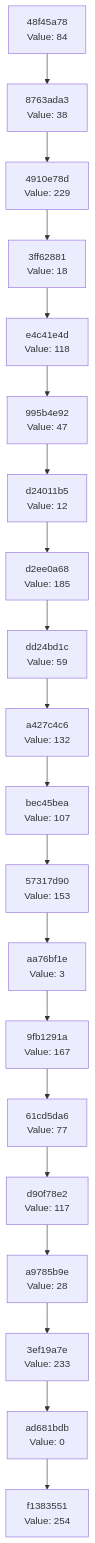
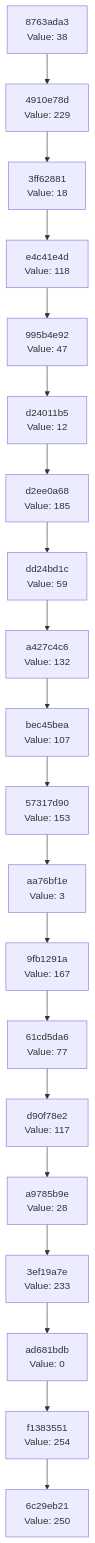
The diagram in docs/CHAIN_VISUALIZATION.md (Abhisheksinha1506/hash-chain-evolver), drawn with Mermaid before and after one commit. The commit also changed 3 other files, not shown here.

````diff
--- a/docs/CHAIN_VISUALIZATION.md
+++ b/docs/CHAIN_VISUALIZATION.md
@@ -3,42 +3,42 @@
 ```mermaid
 graph TD
-    C0["f1383551<br/>Value: 254"]
-    C1["ad681bdb<br/>Value: 0"]
+    C0["6c29eb21<br/>Value: 250"]
+    C1["f1383551<br/>Value: 254"]
     C1 --> C0
-    C2["3ef19a7e<br/>Value: 233"]
+    C2["ad681bdb<br/>Value: 0"]
     C2 --> C1
-    C3["a9785b9e<br/>Value: 28"]
+    C3["3ef19a7e<br/>Value: 233"]
     C3 --> C2
-    C4["d90f78e2<br/>Value: 117"]
+    C4["a9785b9e<br/>Value: 28"]
     C4 --> C3
-    C5["61cd5da6<br/>Value: 77"]
+    C5["d90f78e2<br/>Value: 117"]
     C5 --> C4
-    C6["9fb1291a<br/>Value: 167"]
+    C6["61cd5da6<br/>Value: 77"]
     C6 --> C5
-    C7["aa76bf1e<br/>Value: 3"]
+    C7["9fb1291a<br/>Value: 167"]
     C7 --> C6
-    C8["57317d90<br/>Value: 153"]
+    C8["aa76bf1e<br/>Value: 3"]
     C8 --> C7
-    C9["bec45bea<br/>Value: 107"]
+    C9["57317d90<br/>Value: 153"]
     C9 --> C8
-    C10["a427c4c6<br/>Value: 132"]
+    C10["bec45bea<br/>Value: 107"]
     C10 --> C9
-    C11["dd24bd1c<br/>Value: 59"]
+    C11["a427c4c6<br/>Value: 132"]
     C11 --> C10
-    C12["d2ee0a68<br/>Value: 185"]
+    C12["dd24bd1c<br/>Value: 59"]
     C12 --> C11
-    C13["d24011b5<br/>Value: 12"]
+    C13["d2ee0a68<br/>Value: 185"]
     C13 --> C12
-    C14["995b4e92<br/>Value: 47"]
+    C14["d24011b5<br/>Value: 12"]
     C14 --> C13
-    C15["e4c41e4d<br/>Value: 118"]
+    C15["995b4e92<br/>Value: 47"]
     C15 --> C14
-    C16["3ff62881<br/>Value: 18"]
+    C16["e4c41e4d<br/>Value: 118"]
     C16 --> C15
-    C17["4910e78d<br/>Value: 229"]
+    C17["3ff62881<br/>Value: 18"]
     C17 --> C16
-    C18["8763ada3<br/>Value: 38"]
+    C18["4910e78d<br/>Value: 229"]
     C18 --> C17
-    C19["48f45a78<br/>Value: 84"]
+    C19["8763ada3<br/>Value: 38"]
     C19 --> C18
 ```
````
